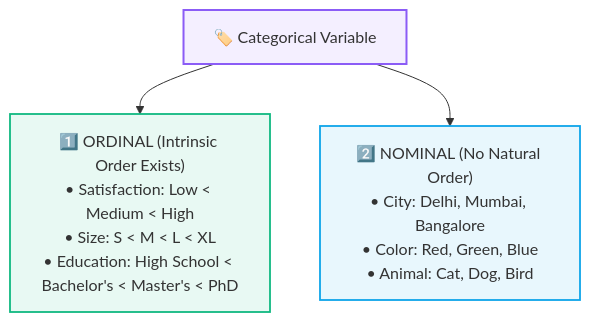
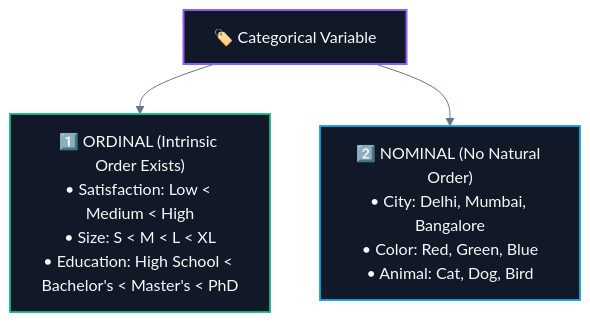
One commit to abhinavbharti2345/CS_Notes changed the second of 4 diagrams in CS/AI & ML/02. Data Preprocessing/02. Categorical Encoding.md. Above: the diagram before and after it, drawn with Mermaid. The commit also changed other lines of this file and 195 other files, not shown here.

````diff
--- a/CS/AI & ML/02. Data Preprocessing/02. Categorical Encoding.md
+++ b/CS/AI & ML/02. Data Preprocessing/02. Categorical Encoding.md
@@ -55,15 +56,16 @@
 ```mermaid
+%%{init: {'theme': 'base', 'themeVariables': { 'darkMode': true, 'background': '#0B0F14', 'mainBkg': '#111827', 'primaryColor': '#111827', 'primaryTextColor': '#F8FAFC', 'primaryBorderColor': '#38BDF8', 'lineColor': '#64748B', 'secondaryColor': '#0B0F14', 'tertiaryColor': '#0B0F14', 'clusterBkg': '#0B0F14', 'clusterBorder': '#38BDF8' }}}%%
 flowchart TD
     Cat["🏷️ Categorical Variable"]
     
     Cat --> Ord["1️⃣ ORDINAL (Intrinsic Order Exists)<br/>• Satisfaction: Low < Medium < High<br/>• Size: S < M < L < XL<br/>• Education: High School < Bachelor's < Master's < PhD"]
     
     Cat --> Nom["2️⃣ NOMINAL (No Natural Order)<br/>• City: Delhi, Mumbai, Bangalore<br/>• Color: Red, Green, Blue<br/>• Animal: Cat, Dog, Bird"]
 
-    classDef root fill:#8b5cf618,stroke:#8b5cf6,stroke-width:2px;
-    classDef ord fill:#10b98118,stroke:#10b981,stroke-width:1.8px;
-    classDef nom fill:#0ea5e918,stroke:#0ea5e9,stroke-width:1.8px;
+    classDef root fill:#111827,stroke:#8b5cf6,stroke-width:2px,color:#F8FAFC;
+    classDef ord fill:#111827,stroke:#10b981,stroke-width:1.8px,color:#F8FAFC;
+    classDef nom fill:#111827,stroke:#0ea5e9,stroke-width:1.8px,color:#F8FAFC;
     class Cat root;
     class Ord ord;
     class Nom nom;
 ```
````
